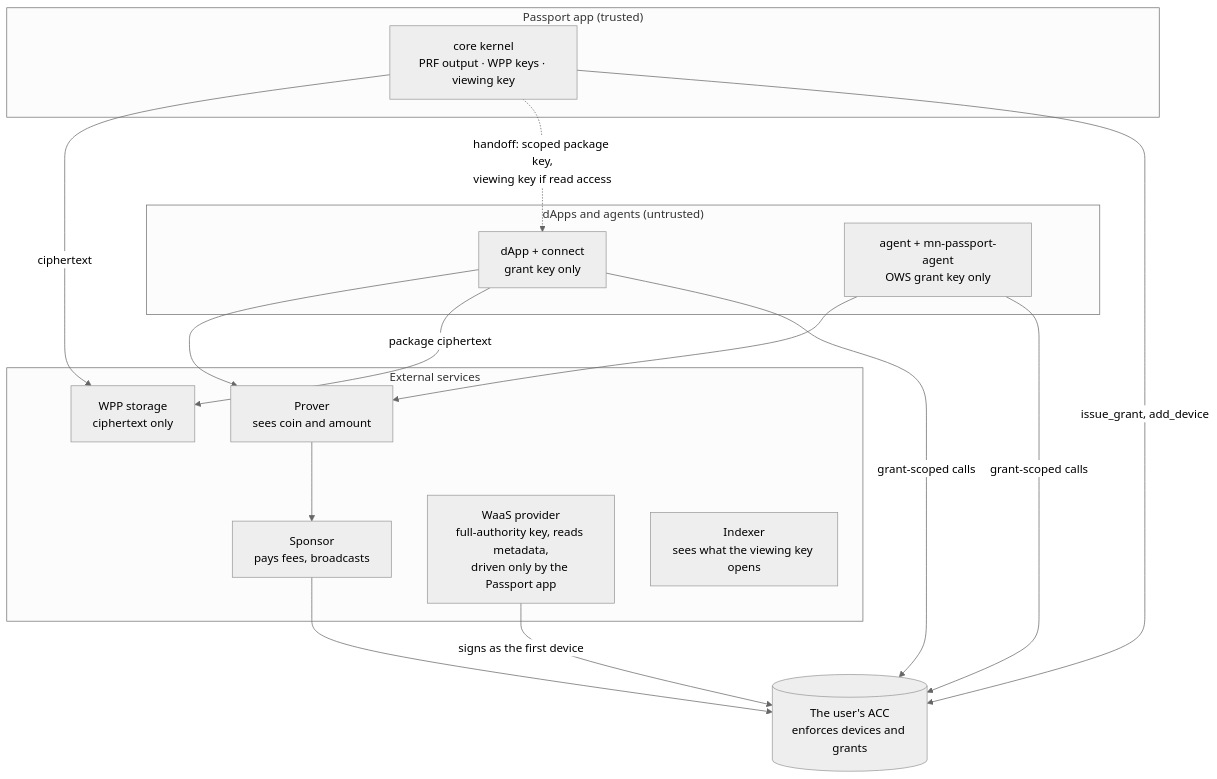
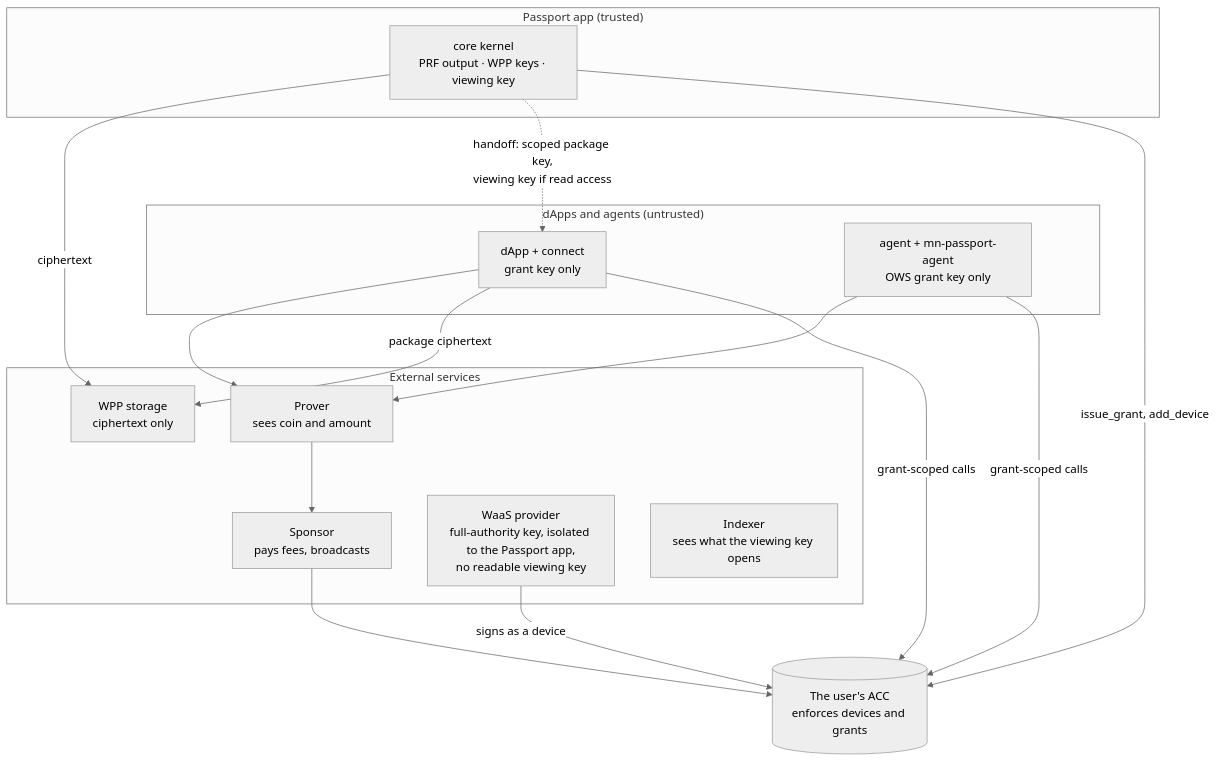
Before and after one commit to midnightntwrk/midnight-passport-sdk: the diagram in docs/architecture.md, drawn with Mermaid (neutral theme). The commit also changed other lines of this file and 2 other files, not shown here.

First line of the commit message:
docs: isolate the WaaS device and complete the read-key lifecycle

````diff
--- a/docs/architecture.md
+++ b/docs/architecture.md
@@ -247,30 +272,30 @@
 ```mermaid
 flowchart TB
   subgraph APP["Passport app (trusted)"]
     KERNEL["core kernel<br/>PRF output · WPP keys · viewing key"]
   end
   subgraph CLIENTS["dApps and agents (untrusted)"]
     DAPP["dApp + connect<br/>grant key only"]
     AGENT["agent + mn-passport-agent<br/>OWS grant key only"]
   end
   subgraph EXT["External services"]
     PROVER["Prover<br/>sees coin and amount"]
     SPONSOR["Sponsor<br/>pays fees, broadcasts"]
-    WAAS["WaaS provider<br/>full-authority key, reads metadata,<br/>driven only by the Passport app"]
+    WAAS["WaaS provider<br/>full-authority key, isolated to the Passport app,<br/>no readable viewing key"]
     WPP["WPP storage<br/>ciphertext only"]
     IDX["Indexer<br/>sees what the viewing key opens"]
   end
   ACC[("The user's ACC<br/>enforces devices and grants")]
 
   KERNEL -->|"issue_grant, add_device"| ACC
   KERNEL -.->|"handoff: scoped package key,<br/>viewing key if read access"| DAPP
   KERNEL -->|"ciphertext"| WPP
   DAPP -->|"grant-scoped calls"| ACC
   AGENT -->|"grant-scoped calls"| ACC
   DAPP -->|"package ciphertext"| WPP
   DAPP --> PROVER
   AGENT --> PROVER
   PROVER --> SPONSOR
   SPONSOR --> ACC
-  WAAS -->|"signs as the first device"| ACC
+  WAAS -->|"signs as a device"| ACC
 ```
````
